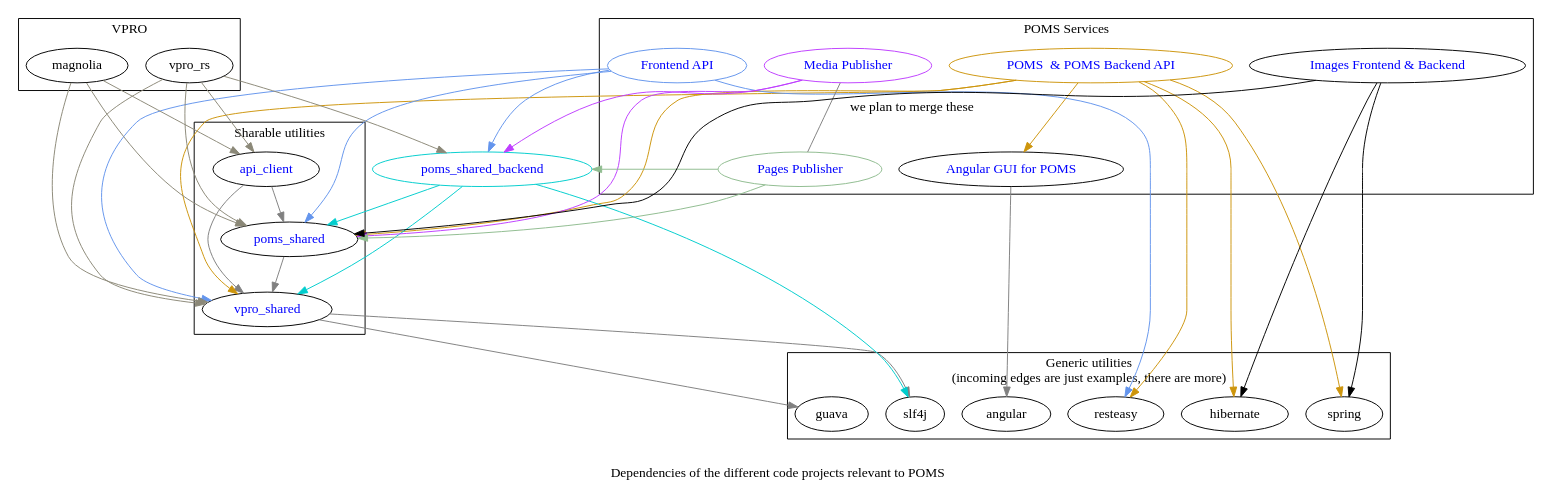
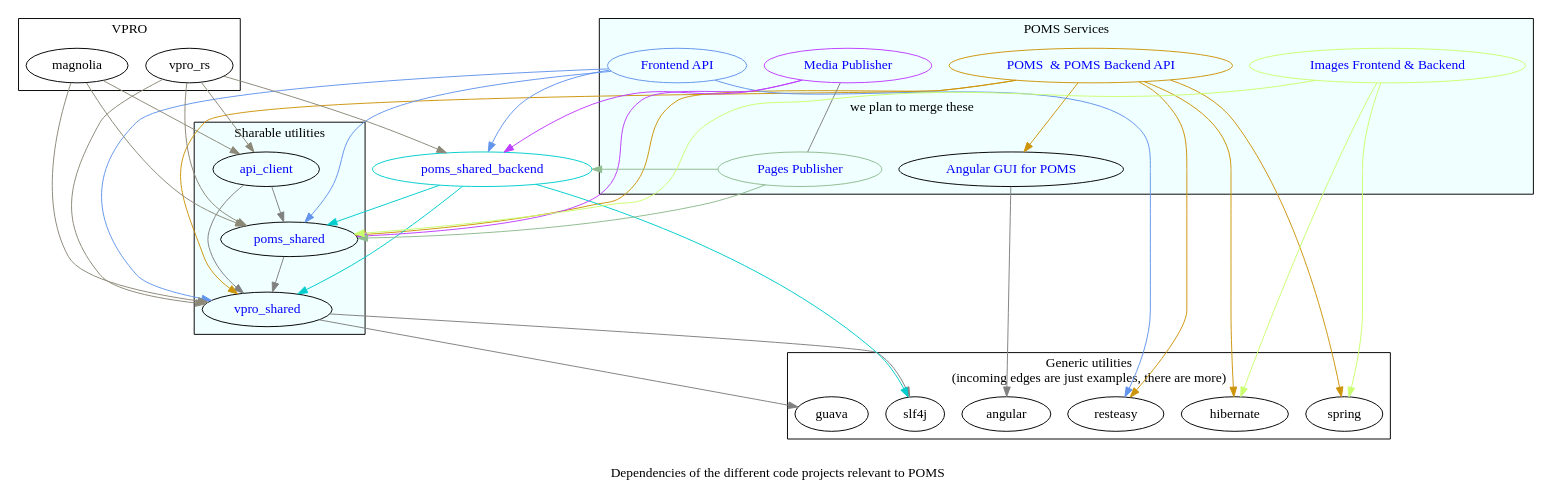
Before and after one commit to npo-poms/poms-parent: the diagram in poms-dependencies.dot, drawn with Graphviz. The commit also changed 5 other files, not shown here.

```diff
--- a/poms-dependencies.dot
+++ b/poms-dependencies.dot
@@ -1,133 +1,137 @@
 
 strict digraph {
   vpro_shared  [ href="https://github.com/vpro/vpro-shared"
                 fontcolor=blue
                 ]
   poms_shared  [
                 href="https://github.com/npo-poms/poms-shared"
                 fontcolor=blue
    ]
   api_client [ href="https://github.com/npo-poms/api-clients" fontcolor=blue ]
   poms_backend [ label="POMS  & POMS Backend API" href="https://subversion.vpro.nl/viewvc/nl/vpro/media" fontcolor=blue color=darkgoldenrod3]
   poms_gui [ label="Angular GUI for POMS" href="https://subversion.vpro.nl/viewvc/nl/vpro/media-gui" fontcolor=blue ]
   poms_shared_backend [ href="https://subversion.vpro.nl/viewvc/nl/publiekeomroep/poms-shared-backend/" fontcolor=blue color=cyan3 ]
   api [ label="Frontend API" href="https://subversion.vpro.nl/viewvc/nl/vpro/api/" fontcolor=blue color=cornflowerblue]
   media_publish [ label="Media Publisher" href="https://subversion.vpro.nl/viewvc/nl/publiekeomroep/npo-publish/" fontcolor=blue color=darkorchid1]
   pages_publish [ label="Pages Publisher" href="https://subversion.vpro.nl/viewvc/nl/publiekeomroep/npo-publish/" fontcolor=blue color=darkseagreen ]
 
-  images [ label="Images Frontend & Backend" href="https://subversion.vpro.nl/viewvc/nl/vpro/images/" fontcolor=blue ]
+  images [ label="Images Frontend & Backend" href="https://subversion.vpro.nl/viewvc/nl/vpro/images/" fontcolor=blue color=darkolivegreen1 ]
 
 
 
   label="
   Dependencies of the different code projects relevant to POMS";
 
   graph [
          splines = yes
   ]
 
 
   subgraph cluster_0  {
     label="Generic utilities\n(incoming edges are just examples, there are more)"
     //label="Utilities which we don't maintain. These are only some example. Also, not every edge is included";
     slf4j
     guava
     resteasy
     spring
     hibernate
     angular
 
   }
 
   subgraph cluster_1  {
     label="VPRO"
     magnolia
     vpro_rs
   }
   subgraph cluster_2  {
-    label="POMS Services";
-    description="These are actually deployed";
+    label="POMS Services"
+    description="These are actually deployed"
+    bgcolor=azure
     poms_gui
     poms_backend
     pages_publish
     media_publish
     api
     images
   }
 
   subgraph cluster_4  {
-    label="Sharable utilities";
-    api_client; vpro_shared; poms_shared;
+    label="Sharable utilities"
+    bgcolor=azure
+    api_client
+    vpro_shared
+    poms_shared
   }
 
 
   vpro_shared -> {
     slf4j
     guava}[color=gray];
   poms_shared -> vpro_shared[color=gray];
   poms_shared_backend -> {
     vpro_shared
     poms_shared
     slf4j
   }[color=cyan3]
 
   api -> {
     poms_shared
     poms_shared_backend
     vpro_shared
     resteasy
   }[color=cornflowerblue]
 
 
   pages_publish -> {
     poms_shared_backend
     poms_shared
   }[color=darkseagreen]
 
   media_publish -> {
     poms_shared
     poms_shared_backend
     }[color=darkorchid1]
 
     media_publish -> pages_publish[color=gray label="we plan to merge these" dir=none]
 
 
 
   api_client -> {
     poms_shared
     vpro_shared
   }[color=gray]
 
 
   images -> {
     poms_shared
     spring
     hibernate
-  }
+  }[color=darkolivegreen1]
 
   magnolia -> {
     api_client
     vpro_shared
     poms_shared
   }[color=cornsilk4]
 
 
   vpro_rs -> {
     api_client
     vpro_shared
     poms_shared
     poms_shared_backend
   }[color=cornsilk4]
 
   poms_backend -> {
     poms_shared
     poms_gui
     resteasy
     spring
     hibernate
     vpro_shared
   }[color=darkgoldenrod3]
   poms_gui -> angular[color=gray]
 
 
 }
```
